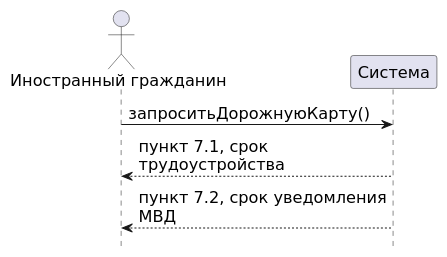
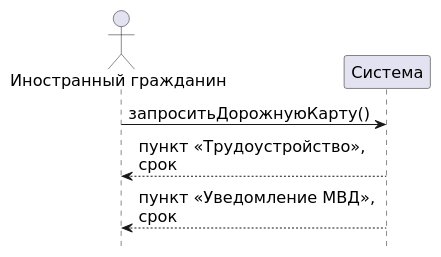
The diagram in tsu/5sem/Функциональное моделирование систем/документы/src/03-p2-osnovnoy.puml (mflkee/study), drawn with PlantUML before and after one commit. The commit also changed 7 other files, not shown here.

Commit message:
лаб. 3: убрать номера 7.1/7.2 с диаграмм, названия пунктов

```diff
--- a/tsu/5sem/Функциональное моделирование систем/документы/src/03-p2-osnovnoy.puml
+++ b/tsu/5sem/Функциональное моделирование систем/документы/src/03-p2-osnovnoy.puml
@@ -1,13 +1,13 @@
 @startuml
 skinparam shadowing false
 skinparam defaultFontName "DejaVu Sans"
 skinparam defaultFontSize 16
 skinparam sequenceMessageAlign left
 skinparam maxMessageSize 260
 hide footbox
 actor "Иностранный гражданин" as IG
 participant "Система" as SYS
 IG -> SYS : запроситьДорожнуюКарту()
-SYS --> IG : пункт 7.1, срок трудоустройства
-SYS --> IG : пункт 7.2, срок уведомления МВД
+SYS --> IG : пункт «Трудоустройство», срок
+SYS --> IG : пункт «Уведомление МВД», срок
 @enduml
```
